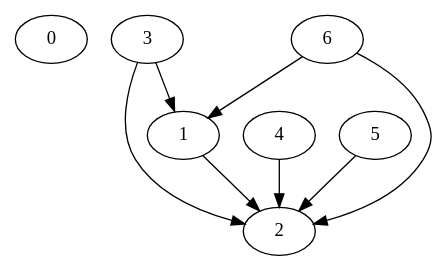
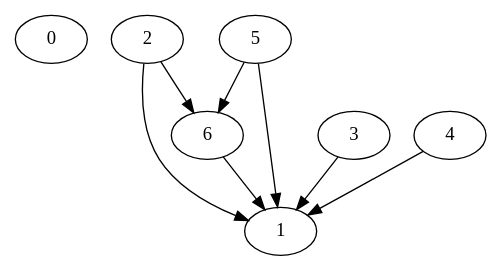
Before and after one commit to bensooraj/griffon: the diagram in graph.dot, drawn with Graphviz. The commit also changed 17 other files, not shown here.

```diff
--- a/graph.dot
+++ b/graph.dot
@@ -1,19 +1,19 @@
 strict digraph "dependency_graph.dot" {
 // Node definitions.
 0;
 1;
 2;
 3;
 4;
 5;
 6;
 
 // Edge definitions.
-1 -> 2;
+2 -> 1;
+2 -> 6;
 3 -> 1;
-3 -> 2;
-4 -> 2;
-5 -> 2;
+4 -> 1;
+5 -> 1;
+5 -> 6;
 6 -> 1;
-6 -> 2;
 }
```
